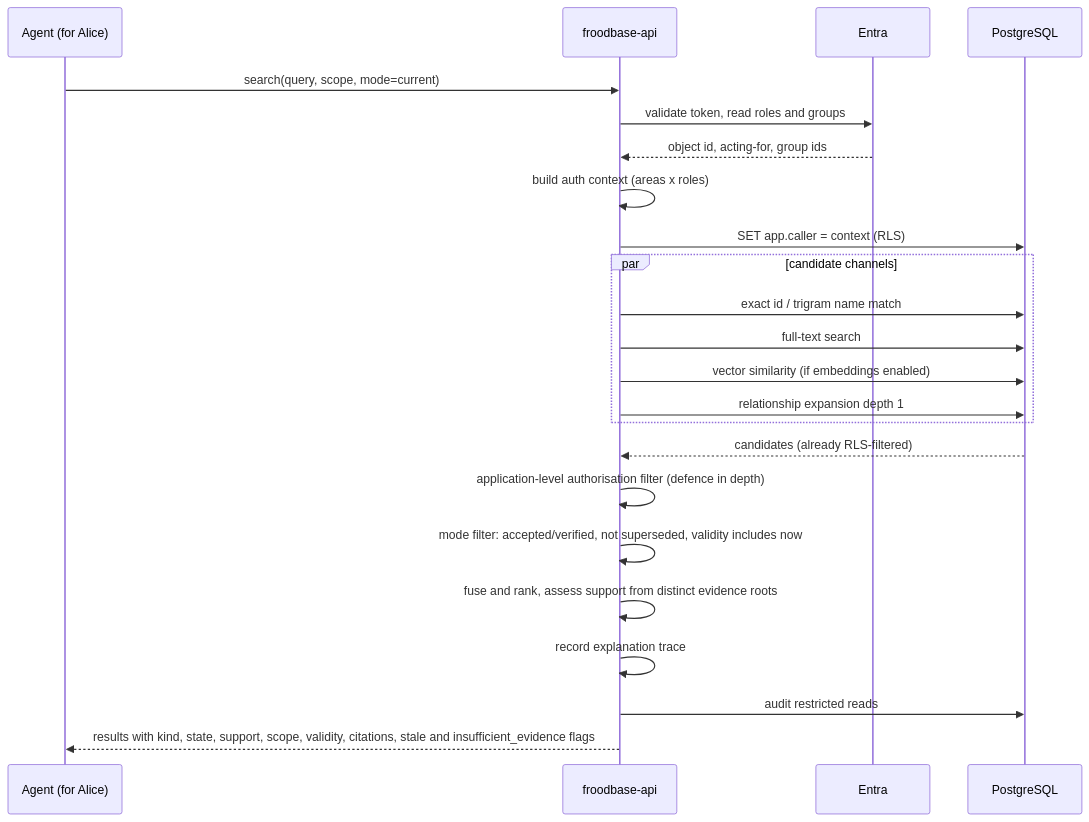
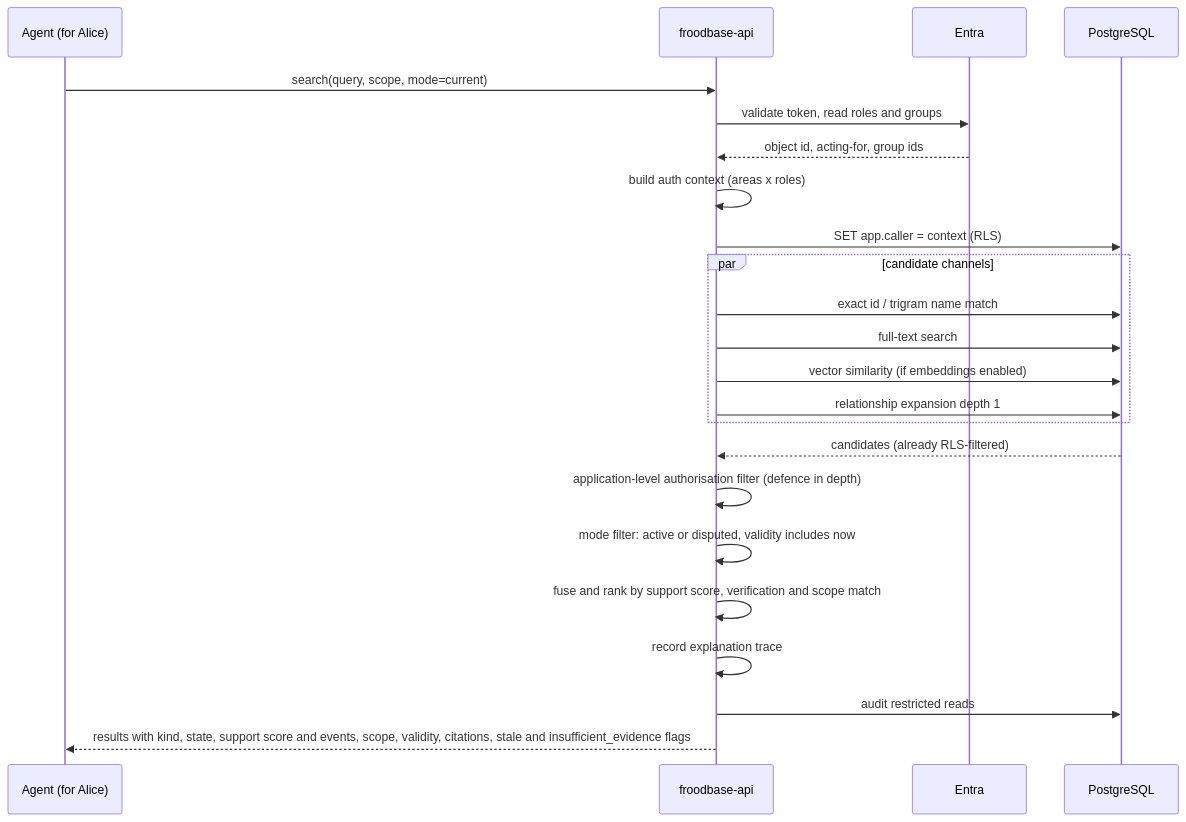
Before and after one commit to rztaylor/Froodbase: the sixth of 11 diagrams in docs/planning/03-architecture-design.md, drawn with Mermaid. The commit also changed other lines of this file and 14 other files, not shown here.

````diff
--- a/docs/planning/03-architecture-design.md
+++ b/docs/planning/03-architecture-design.md
@@ -404,26 +423,26 @@
 ```mermaid
 sequenceDiagram
     participant Ag as Agent (for Alice)
     participant API as froodbase-api
     participant E as Entra
     participant DB as PostgreSQL
 
     Ag->>API: search(query, scope, mode=current)
     API->>E: validate token, read roles and groups
     E-->>API: object id, acting-for, group ids
     API->>API: build auth context (areas x roles)
     API->>DB: SET app.caller = context (RLS)
     par candidate channels
         API->>DB: exact id / trigram name match
         API->>DB: full-text search
         API->>DB: vector similarity (if embeddings enabled)
         API->>DB: relationship expansion depth 1
     end
     DB-->>API: candidates (already RLS-filtered)
     API->>API: application-level authorisation filter (defence in depth)
-    API->>API: mode filter: accepted/verified, not superseded, validity includes now
-    API->>API: fuse and rank, assess support from distinct evidence roots
+    API->>API: mode filter: active or disputed, validity includes now
+    API->>API: fuse and rank by support score, verification and scope match
     API->>API: record explanation trace
     API->>DB: audit restricted reads
-    API-->>Ag: results with kind, state, support, scope, validity, citations, stale and insufficient_evidence flags
+    API-->>Ag: results with kind, state, support score and events, scope, validity, citations, stale and insufficient_evidence flags
 ```
````
